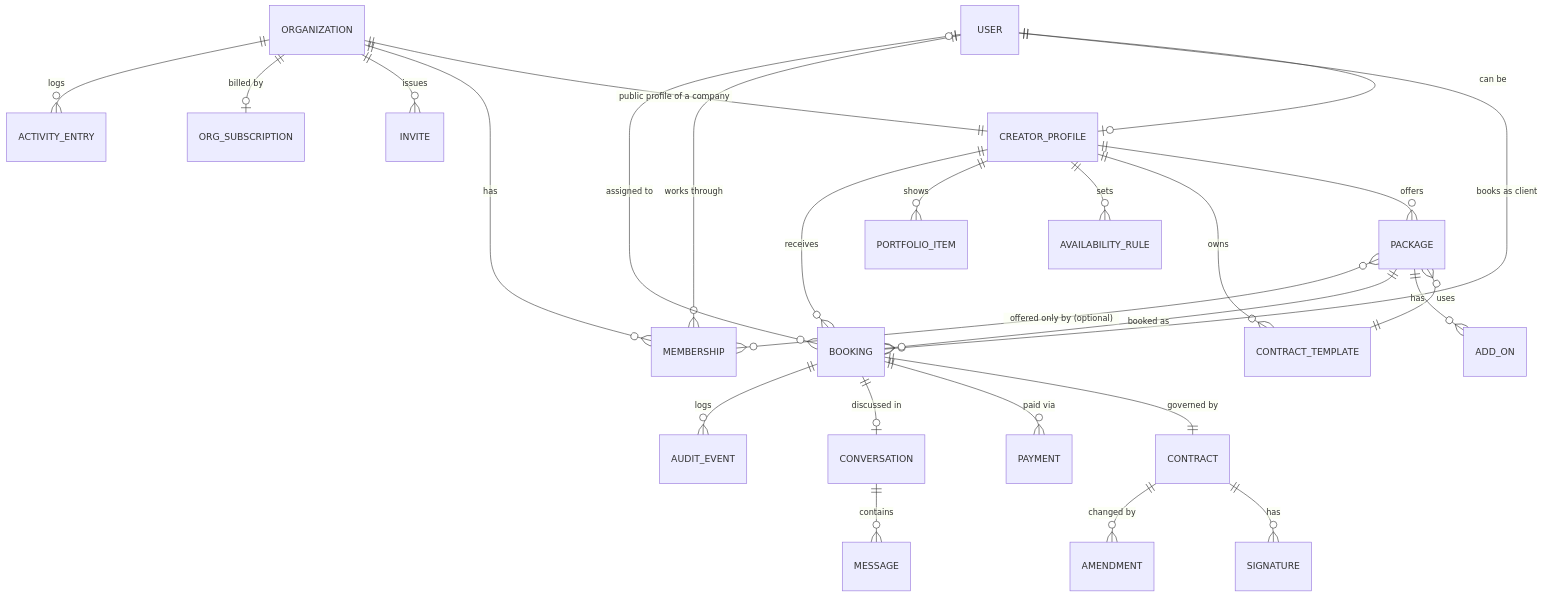
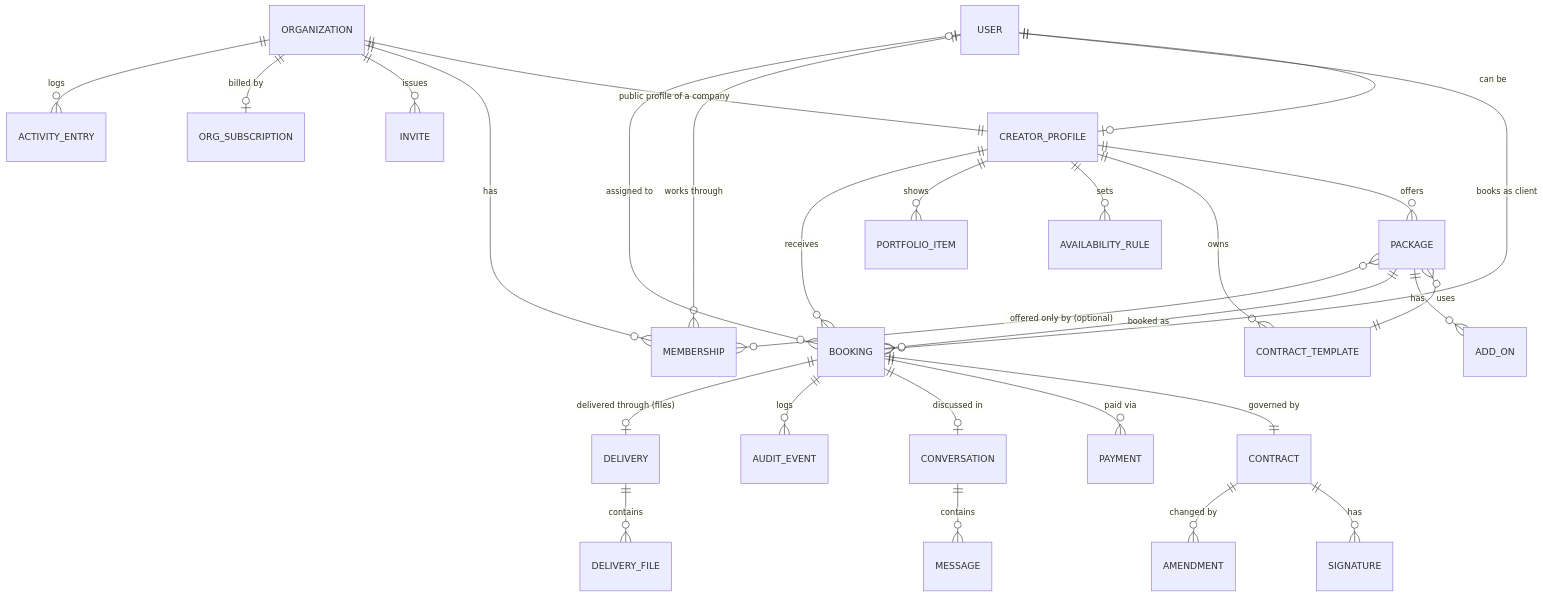
Before and after one commit to mikenaz5/first-one: the first of 2 diagrams in SPEC.md, drawn with Mermaid. The commit also changed other lines of this file, not shown here.

First line of the commit message:
Spec Slate Files: hosted photo and video delivery

````diff
--- a/SPEC.md
+++ b/SPEC.md
@@ -287,28 +350,30 @@
 ```mermaid
 erDiagram
     USER ||--o| CREATOR_PROFILE : "can be"
     CREATOR_PROFILE ||--o{ PACKAGE : offers
     CREATOR_PROFILE ||--o{ CONTRACT_TEMPLATE : owns
     CREATOR_PROFILE ||--o{ AVAILABILITY_RULE : sets
     CREATOR_PROFILE ||--o{ PORTFOLIO_ITEM : shows
     PACKAGE }o--|| CONTRACT_TEMPLATE : uses
     PACKAGE ||--o{ ADD_ON : has
     USER ||--o{ BOOKING : "books as client"
     CREATOR_PROFILE ||--o{ BOOKING : receives
     PACKAGE ||--o{ BOOKING : "booked as"
     BOOKING ||--|| CONTRACT : "governed by"
     CONTRACT ||--o{ SIGNATURE : has
     CONTRACT ||--o{ AMENDMENT : "changed by"
     BOOKING ||--o{ PAYMENT : "paid via"
     BOOKING ||--o| CONVERSATION : "discussed in"
     CONVERSATION ||--o{ MESSAGE : contains
     BOOKING ||--o{ AUDIT_EVENT : logs
     ORGANIZATION ||--|| CREATOR_PROFILE : "public profile of a company"
     ORGANIZATION ||--o{ MEMBERSHIP : has
     USER ||--o{ MEMBERSHIP : "works through"
     ORGANIZATION ||--o{ INVITE : issues
     ORGANIZATION ||--o| ORG_SUBSCRIPTION : "billed by"
     ORGANIZATION ||--o{ ACTIVITY_ENTRY : logs
     PACKAGE }o--o{ MEMBERSHIP : "offered only by (optional)"
     BOOKING }o--o| USER : "assigned to"
+    BOOKING ||--o| DELIVERY : "delivered through (files)"
+    DELIVERY ||--o{ DELIVERY_FILE : contains
 ```
````
